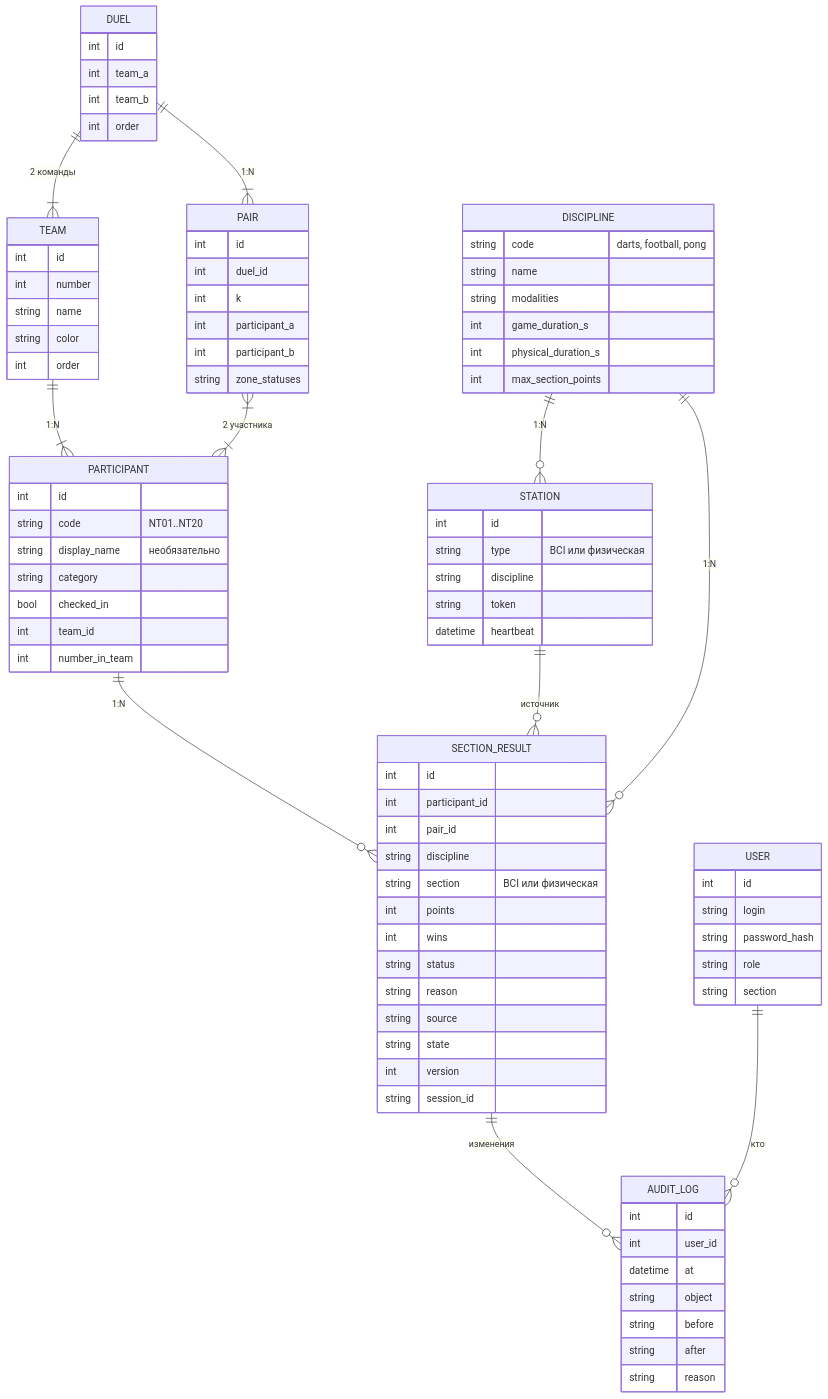
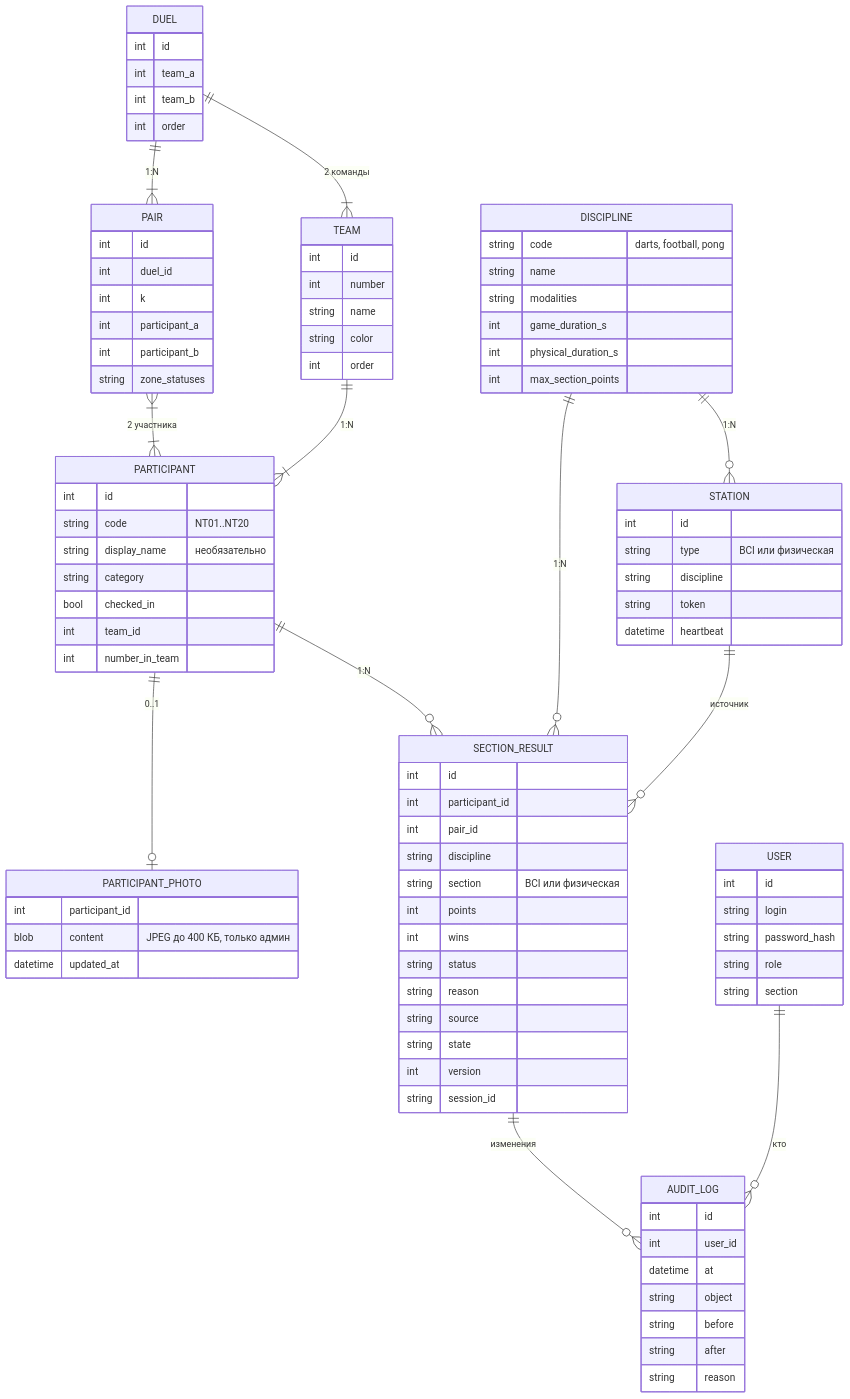
The seventh of 9 diagrams in docs/architecture.md (L0GIN0UT/Neurotlon), drawn with Mermaid before and after one commit. The commit also changed 1 other file, not shown here.

Commit message:
docs: photo cleanup procedure, ER entity, decision 5 note

```diff
--- a/docs/architecture.md
+++ b/docs/architecture.md
@@ -149,6 +149,7 @@
     TEAM ||--|{ PARTICIPANT : "1:N"
     PAIR }|--|{ PARTICIPANT : "2 участника"
     PARTICIPANT ||--o{ SECTION_RESULT : "1:N"
+    PARTICIPANT ||--o| PARTICIPANT_PHOTO : "0..1"
     STATION ||--o{ SECTION_RESULT : "источник"
     DISCIPLINE ||--o{ STATION : "1:N"
     DISCIPLINE ||--o{ SECTION_RESULT : "1:N"
@@ -176,6 +177,11 @@
         bool checked_in
         int team_id
         int number_in_team
+    }
+    PARTICIPANT_PHOTO {
+        int participant_id
+        blob content "JPEG до 400 КБ, только админ"
+        datetime updated_at
     }
     PAIR {
         int id
```
